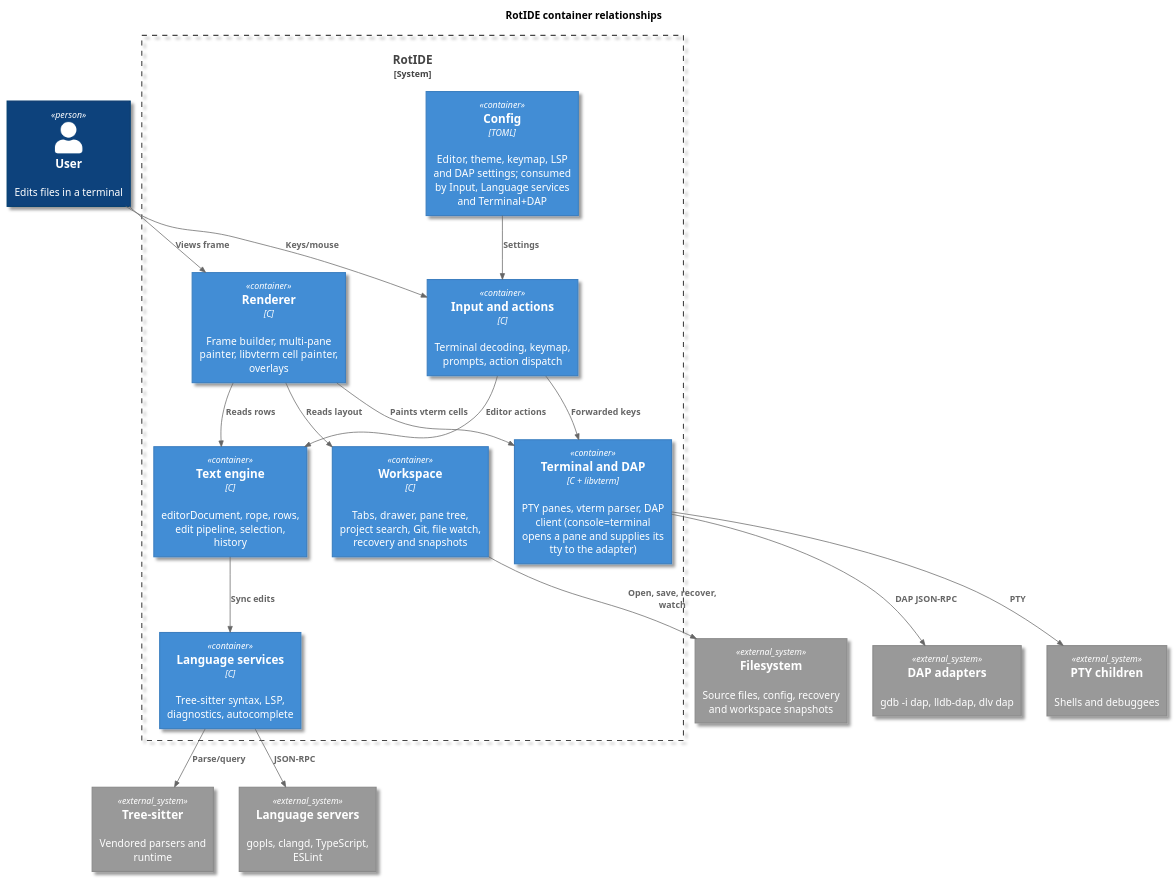
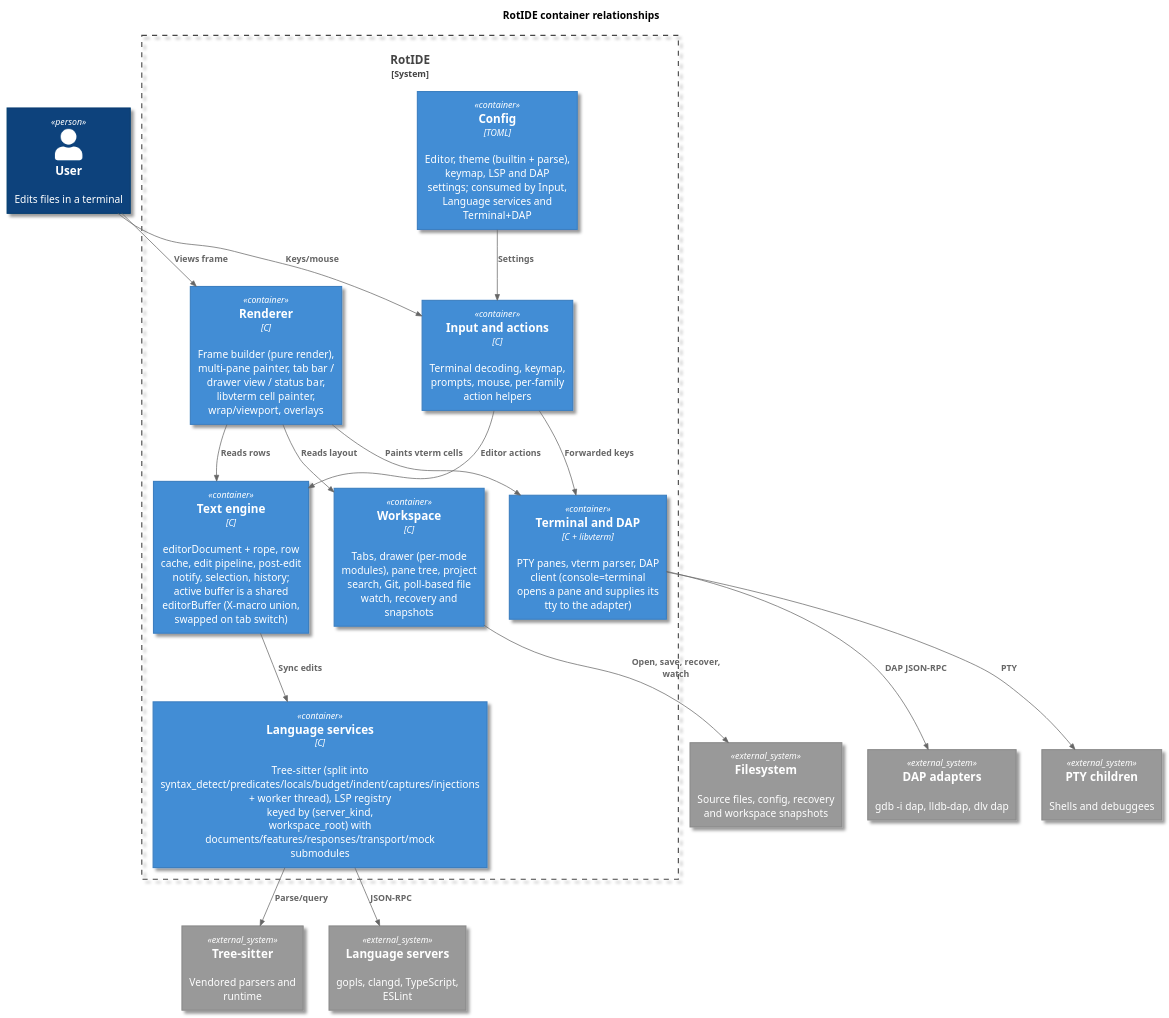
The diagram in docs/diagrams/src/architecture-container.puml (kokkoniemi/rotide), drawn with PlantUML before and after one commit. The commit also changed 19 other files, not shown here.

```diff
--- a/docs/diagrams/src/architecture-container.puml
+++ b/docs/diagrams/src/architecture-container.puml
@@ -1,41 +1,41 @@
 @startuml
 skin rose
 !include <C4/C4_Container>
 skinparam backgroundColor #FFFFFF
 
 title RotIDE container relationships
 
 Person(user, "User", "Edits files in a terminal")
 
 System_Boundary(rotide, "RotIDE") {
-	Container(input, "Input and actions", "C", "Terminal decoding, keymap, prompts, action dispatch")
-	Container(text, "Text engine", "C", "editorDocument, rope, rows, edit pipeline, selection, history")
-	Container(workspace, "Workspace", "C", "Tabs, drawer, pane tree, project search, Git, file watch, recovery and snapshots")
-	Container(renderer, "Renderer", "C", "Frame builder, multi-pane painter, libvterm cell painter, overlays")
-	Container(language, "Language services", "C", "Tree-sitter syntax, LSP, diagnostics, autocomplete")
+	Container(input, "Input and actions", "C", "Terminal decoding, keymap, prompts, mouse, per-family action helpers")
+	Container(text, "Text engine", "C", "editorDocument + rope, row cache, edit pipeline, post-edit notify, selection, history; active buffer is a shared editorBuffer (X-macro union, swapped on tab switch)")
+	Container(workspace, "Workspace", "C", "Tabs, drawer (per-mode modules), pane tree, project search, Git, poll-based file watch, recovery and snapshots")
+	Container(renderer, "Renderer", "C", "Frame builder (pure render), multi-pane painter, tab bar / drawer view / status bar, libvterm cell painter, wrap/viewport, overlays")
+	Container(language, "Language services", "C", "Tree-sitter (split into syntax_detect/predicates/locals/budget/indent/captures/injections + worker thread), LSP registry keyed by (server_kind, workspace_root) with documents/features/responses/transport/mock submodules")
 	Container(terminal, "Terminal and DAP", "C + libvterm", "PTY panes, vterm parser, DAP client (console=terminal opens a pane and supplies its tty to the adapter)")
-	Container(config, "Config", "TOML", "Editor, theme, keymap, LSP and DAP settings; consumed by Input, Language services and Terminal+DAP")
+	Container(config, "Config", "TOML", "Editor, theme (builtin + parse), keymap, LSP and DAP settings; consumed by Input, Language services and Terminal+DAP")
 }
 
 System_Ext(files, "Filesystem", "Source files, config, recovery and workspace snapshots")
 System_Ext(ts, "Tree-sitter", "Vendored parsers and runtime")
 System_Ext(lsp, "Language servers", "gopls, clangd, TypeScript, ESLint")
 System_Ext(pty_children, "PTY children", "Shells and debuggees")
 System_Ext(adapters, "DAP adapters", "gdb -i dap, lldb-dap, dlv dap")
 
 Rel(user, input, "Keys/mouse")
 Rel(user, renderer, "Views frame")
 Rel(config, input, "Settings")
 Rel(input, text, "Editor actions")
 Rel(input, terminal, "Forwarded keys")
 Rel(text, language, "Sync edits")
 Rel(renderer, text, "Reads rows")
 Rel(renderer, workspace, "Reads layout")
 Rel(renderer, terminal, "Paints vterm cells")
 Rel(workspace, files, "Open, save, recover, watch")
 Rel(language, ts, "Parse/query")
 Rel(language, lsp, "JSON-RPC")
 Rel(terminal, pty_children, "PTY")
 Rel(terminal, adapters, "DAP JSON-RPC")
 
 @enduml
```
